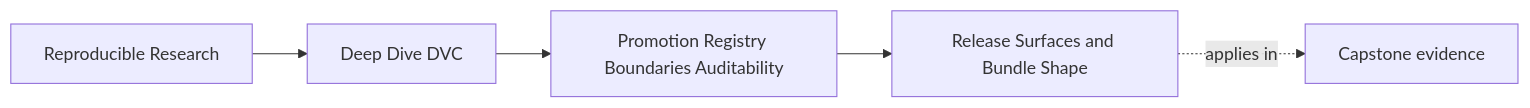
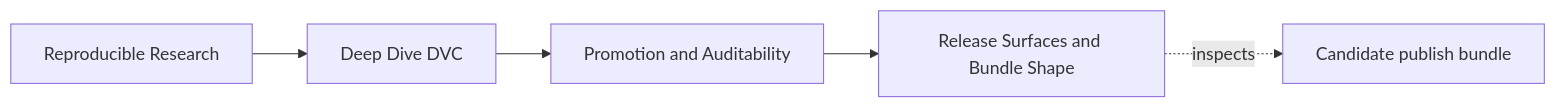
Before and after one commit to bijux/bijux-masterclass: the first of 4 diagrams in programs/reproducible-research/deep-dive-dvc/course-book/module-09-promotion-registry-boundaries-auditability/release-surfaces-and-bundle-shape.md, drawn with Mermaid. The commit also changed other lines of this file, not shown here.

````diff
--- a/programs/reproducible-research/deep-dive-dvc/course-book/module-09-promotion-registry-boundaries-auditability/release-surfaces-and-bundle-shape.md
+++ b/programs/reproducible-research/deep-dive-dvc/course-book/module-09-promotion-registry-boundaries-auditability/release-surfaces-and-bundle-shape.md
@@ -7,11 +5,11 @@
 ```mermaid
 graph LR
   family["Reproducible Research"]
   program["Deep Dive DVC"]
-  section["Promotion Registry Boundaries Auditability"]
+  section["Promotion and Auditability"]
   page["Release Surfaces and Bundle Shape"]
-  capstone["Capstone evidence"]
+  evidence["Candidate publish bundle"]
 
   family --> program --> section --> page
-  page -.applies in.-> capstone
+  page -.inspects.-> evidence
 ```
````
